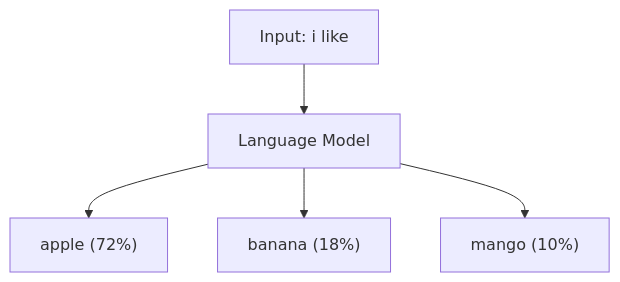
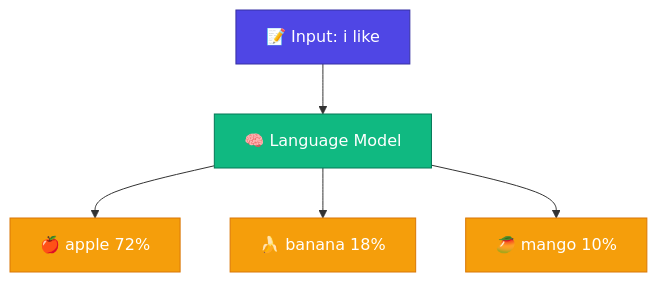
Before and after one commit to bhNibir/build-own-llm: the first of 2 diagrams in content/docs/part-01-tokenizer/01-llm-kivabe-kaj-kore.mdx, drawn with Mermaid. The commit also changed other lines of this file and 97 other files, not shown here.

````diff
--- a/content/docs/part-01-tokenizer/01-llm-kivabe-kaj-kore.mdx
+++ b/content/docs/part-01-tokenizer/01-llm-kivabe-kaj-kore.mdx
@@ -12,7 +14,10 @@
 ```mermaid
 flowchart TD
-    input["Input: i like"] --> model[Language Model]
-    model --> apple["apple (72%)"]
-    model --> banana["banana (18%)"]
-    model --> mango["mango (10%)"]
+    input["📝 Input: i like"]:::input --> model["🧠 Language Model"]:::process
+    model --> apple["🍎 apple 72%"]:::out
+    model --> banana["🍌 banana 18%"]:::out
+    model --> mango["🥭 mango 10%"]:::out
+    classDef input fill:#4F46E5,color:#fff,stroke:#3730A3
+    classDef process fill:#10B981,color:#fff,stroke:#047857
+    classDef out fill:#F59E0B,color:#fff,stroke:#D97706
 ```
````
